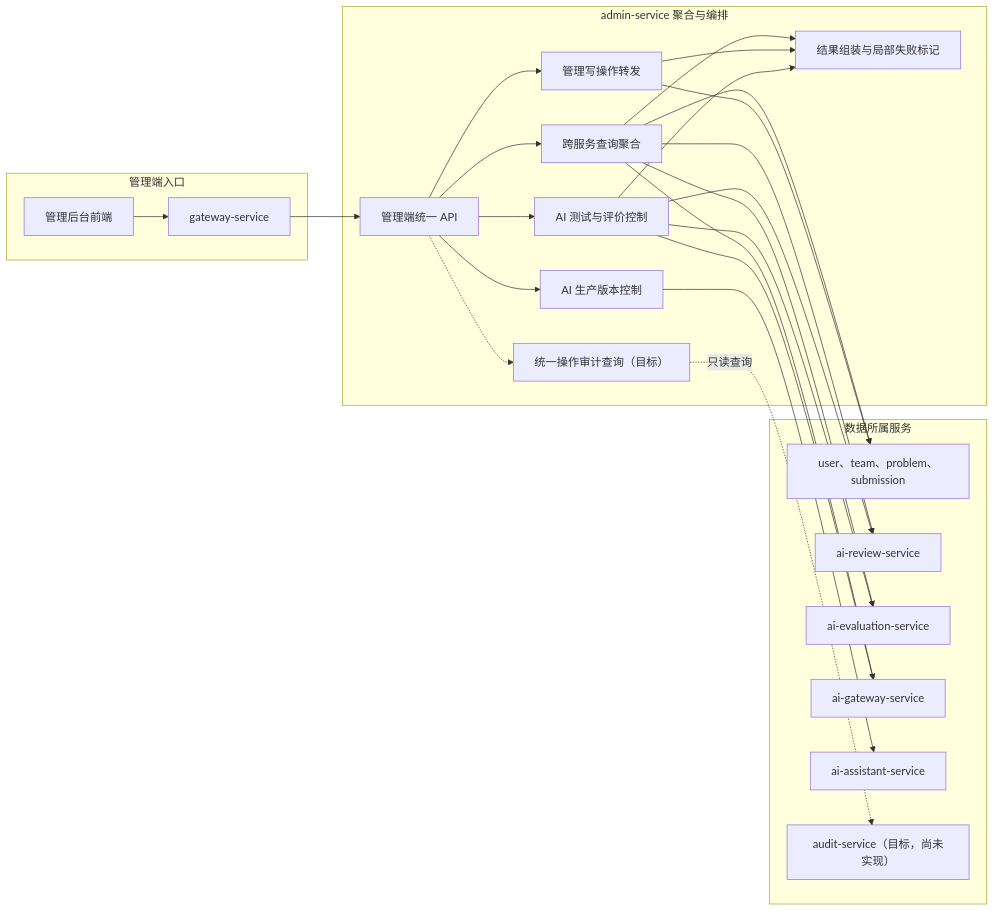
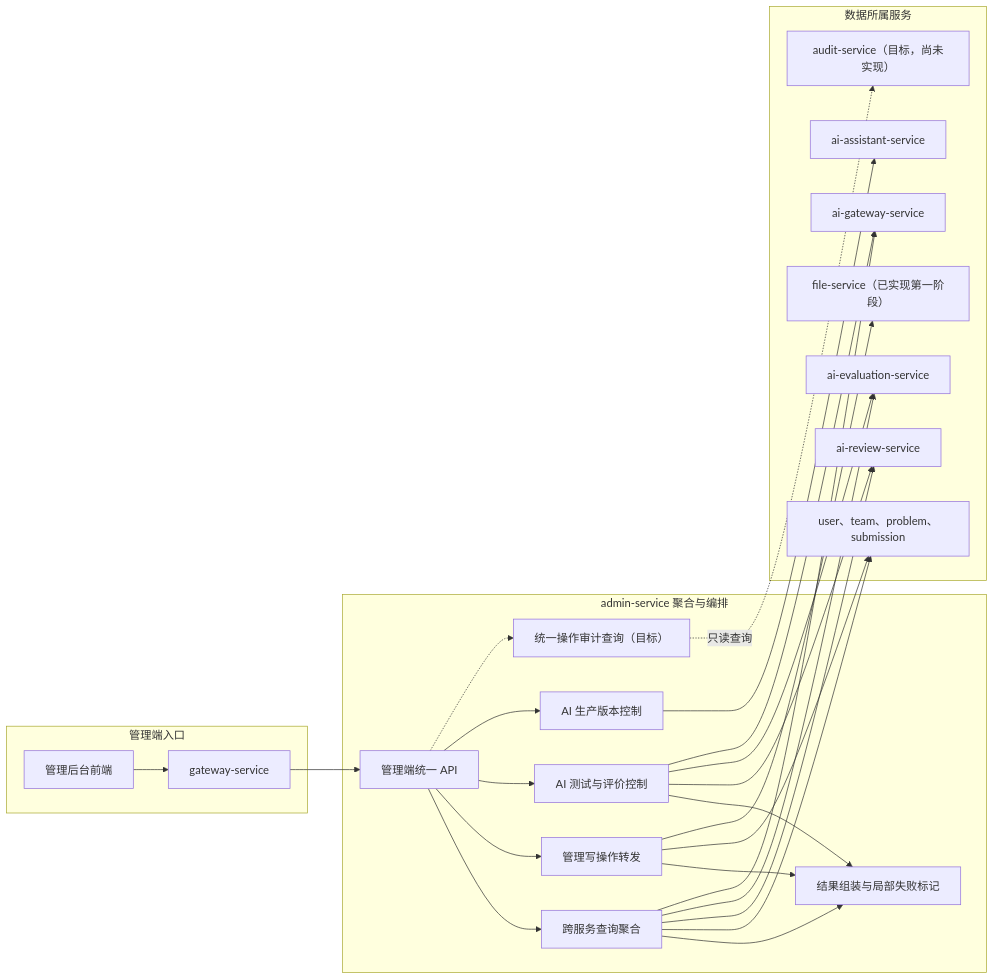
Before and after one commit to Dorian7Alden/LeetModel: the diagram in docs/project/03-微服务设计/admin-service/README.md, drawn with Mermaid. The commit also changed other lines of this file and 29 other files, not shown here.

````diff
--- a/docs/project/03-微服务设计/admin-service/README.md
+++ b/docs/project/03-微服务设计/admin-service/README.md
@@ -7,48 +7,50 @@
 ```mermaid
 flowchart LR
     subgraph entry["管理端入口"]
         adminWeb["管理后台前端"]
         apiGateway["gateway-service"]
     end
 
     subgraph admin["admin-service 聚合与编排"]
         adminApi["管理端统一 API"]
         aggregation["跨服务查询聚合"]
         writeForward["管理写操作转发"]
         aiControl["AI 测试与评价控制"]
         productionControl["AI 生产版本控制"]
         auditQuery["统一操作审计查询（目标）"]
         resultAssembly["结果组装与局部失败标记"]
 
         adminApi --> aggregation
         adminApi --> writeForward
         adminApi --> aiControl
         adminApi --> productionControl
         adminApi -.-> auditQuery
         aggregation --> resultAssembly
         writeForward --> resultAssembly
         aiControl --> resultAssembly
     end
 
     subgraph domains["数据所属服务"]
         basicServices["user、team、problem、submission"]
         reviewService["ai-review-service"]
         evaluationService["ai-evaluation-service"]
         aiGateway["ai-gateway-service"]
         assistantService["ai-assistant-service"]
         auditService["audit-service（目标，尚未实现）"]
+        fileService["file-service（已实现第一阶段）"]
     end
 
     adminWeb --> apiGateway
     apiGateway --> adminApi
     aggregation --> basicServices
     aggregation --> reviewService
     aggregation --> evaluationService
     aggregation --> aiGateway
     writeForward --> basicServices
     aiControl --> reviewService
     aiControl --> evaluationService
     aiControl --> aiGateway
     productionControl --> assistantService
     auditQuery -. "只读查询" .-> auditService
+    writeForward --> fileService
 ```
````
